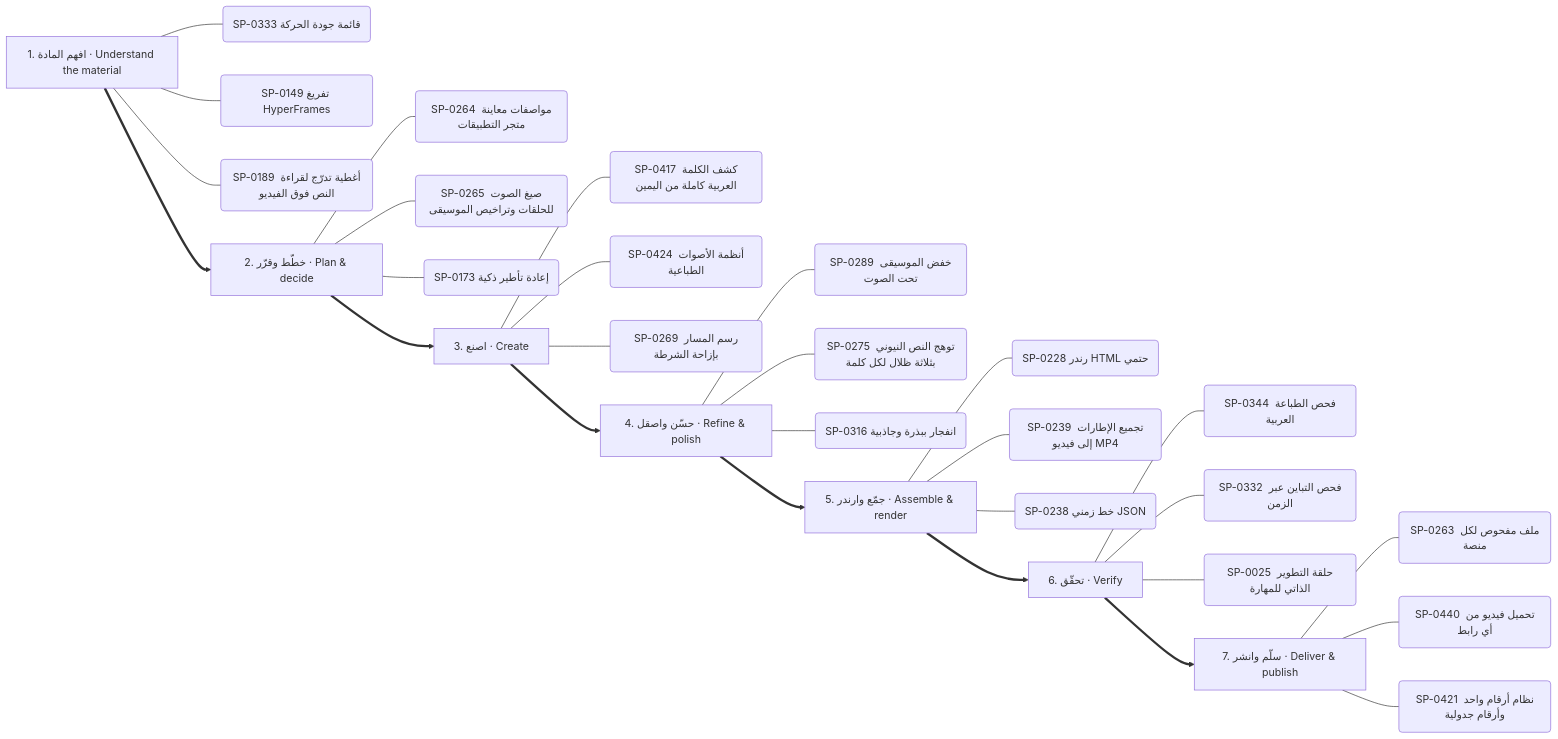
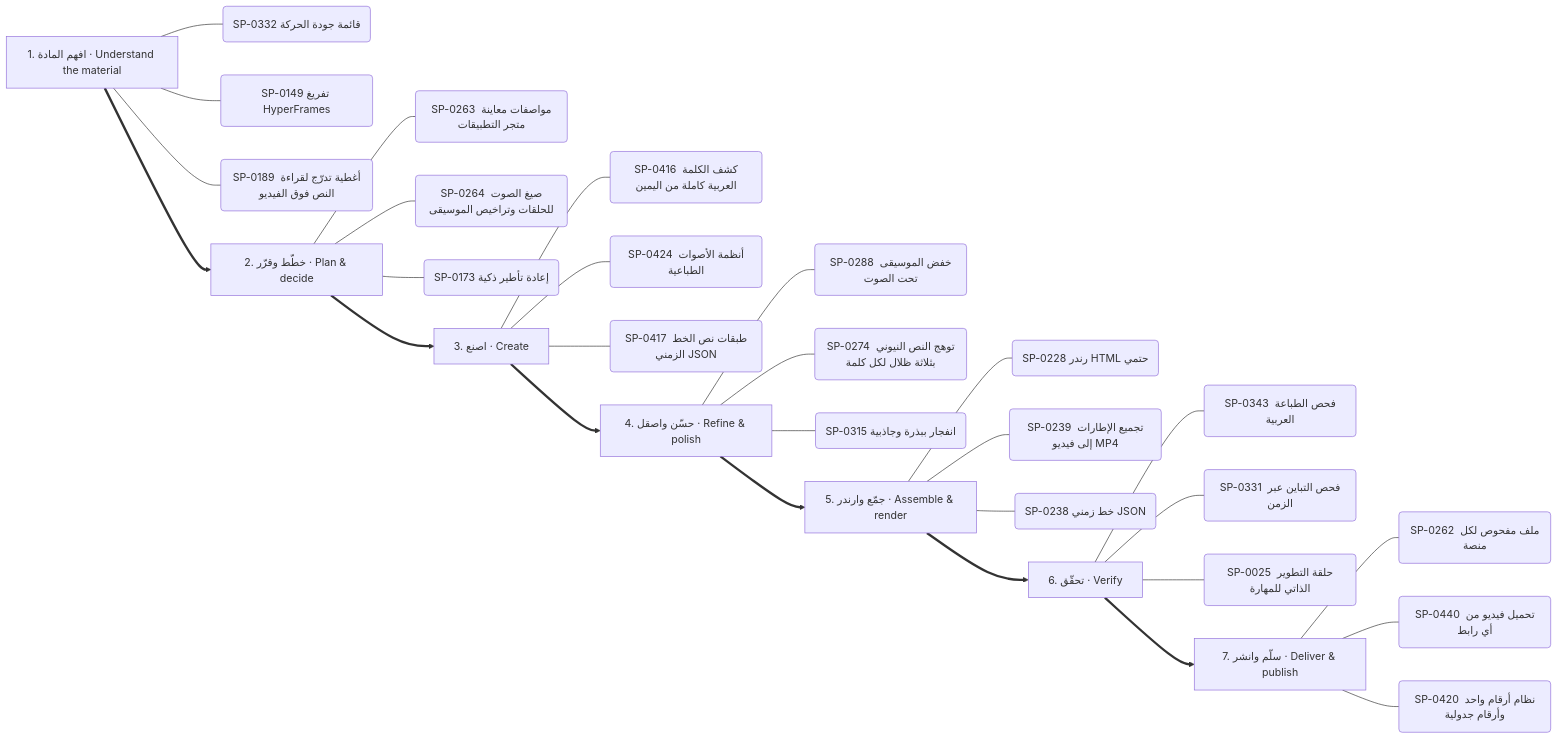
The second of 13 diagrams in .claude/skills/kosif-superpowers/references/capability-mindmap.md (kosif199022-jpg/kosif-tool), drawn with Mermaid before and after one commit. The commit also changed other lines of this file and 61 other files, not shown here.

````diff
--- a/.claude/skills/kosif-superpowers/references/capability-mindmap.md
+++ b/.claude/skills/kosif-superpowers/references/capability-mindmap.md
@@ -127,37 +128,37 @@
 ```mermaid
 flowchart LR
   S0["1. افهم المادة · Understand the material"]
-  S0 --- S0_0("SP-0333 قائمة جودة الحركة")
+  S0 --- S0_0("SP-0332 قائمة جودة الحركة")
   S0 --- S0_1("SP-0149 تفريغ HyperFrames")
   S0 --- S0_2("SP-0189 أغطية تدرّج لقراءة النص فوق الفيديو")
   S1["2. خطّط وقرّر · Plan & decide"]
-  S1 --- S1_0("SP-0264 مواصفات معاينة متجر التطبيقات")
-  S1 --- S1_1("SP-0265 صيغ الصوت للحلقات وتراخيص الموسيقى")
+  S1 --- S1_0("SP-0263 مواصفات معاينة متجر التطبيقات")
+  S1 --- S1_1("SP-0264 صيغ الصوت للحلقات وتراخيص الموسيقى")
   S1 --- S1_2("SP-0173 إعادة تأطير ذكية")
   S0 ==> S1
   S2["3. اصنع · Create"]
-  S2 --- S2_0("SP-0417 كشف الكلمة العربية كاملة من اليمين")
+  S2 --- S2_0("SP-0416 كشف الكلمة العربية كاملة من اليمين")
   S2 --- S2_1("SP-0424 أنظمة الأصوات الطباعية")
-  S2 --- S2_2("SP-0269 رسم المسار بإزاحة الشرطة")
+  S2 --- S2_2("SP-0417 طبقات نص الخط الزمني JSON")
   S1 ==> S2
   S3["4. حسّن واصقل · Refine & polish"]
-  S3 --- S3_0("SP-0289 خفض الموسيقى تحت الصوت")
-  S3 --- S3_1("SP-0275 توهج النص النيوني بثلاثة ظلال لكل كلمة")
-  S3 --- S3_2("SP-0316 انفجار ببذرة وجاذبية")
+  S3 --- S3_0("SP-0288 خفض الموسيقى تحت الصوت")
+  S3 --- S3_1("SP-0274 توهج النص النيوني بثلاثة ظلال لكل كلمة")
+  S3 --- S3_2("SP-0315 انفجار ببذرة وجاذبية")
   S2 ==> S3
   S4["5. جمّع وارندر · Assemble & render"]
   S4 --- S4_0("SP-0228 رندر HTML حتمي")
   S4 --- S4_1("SP-0239 تجميع الإطارات إلى فيديو MP4")
   S4 --- S4_2("SP-0238 خط زمني JSON")
   S3 ==> S4
   S5["6. تحقّق · Verify"]
-  S5 --- S5_0("SP-0344 فحص الطباعة العربية")
-  S5 --- S5_1("SP-0332 فحص التباين عبر الزمن")
+  S5 --- S5_0("SP-0343 فحص الطباعة العربية")
+  S5 --- S5_1("SP-0331 فحص التباين عبر الزمن")
   S5 --- S5_2("SP-0025 حلقة التطوير الذاتي للمهارة")
   S4 ==> S5
   S6["7. سلّم وانشر · Deliver & publish"]
-  S6 --- S6_0("SP-0263 ملف مفحوص لكل منصة")
+  S6 --- S6_0("SP-0262 ملف مفحوص لكل منصة")
   S6 --- S6_1("SP-0440 تحميل فيديو من أي رابط")
-  S6 --- S6_2("SP-0421 نظام أرقام واحد وأرقام جدولية")
+  S6 --- S6_2("SP-0420 نظام أرقام واحد وأرقام جدولية")
   S5 ==> S6
 ```
````
